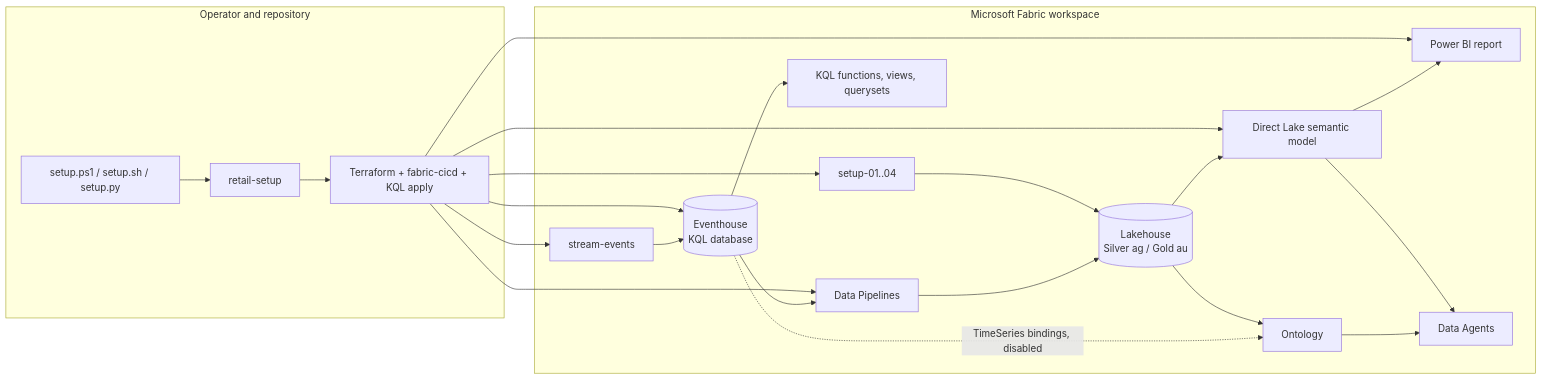
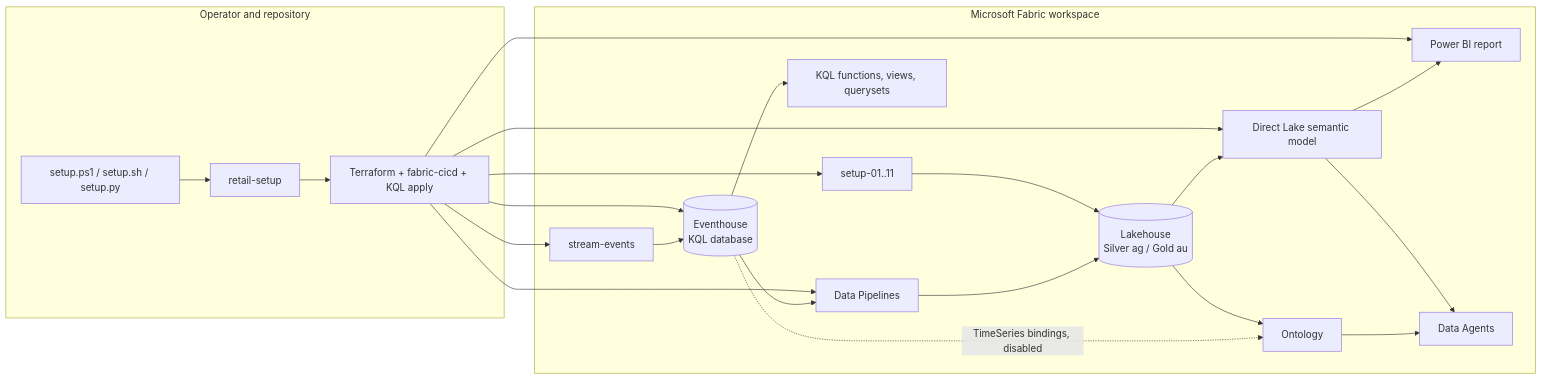
The diagram in docs/design/architecture/overview.md (amattas/retail-demo), drawn with Mermaid before and after one commit. The commit also changed other lines of this file and 3 other files, not shown here.

First line of the commit message:
docs(architecture): describe stream state, writer locks, incidents and #450

````diff
--- a/docs/design/architecture/overview.md
+++ b/docs/design/architecture/overview.md
@@ -11,37 +11,37 @@
 ```mermaid
 flowchart LR
     subgraph Local[Operator and repository]
         Setup[setup.ps1 / setup.sh / setup.py]
         CLI[retail-setup]
         Deploy[Terraform + fabric-cicd + KQL apply]
     end
 
     subgraph Fabric[Microsoft Fabric workspace]
-        SetupNB[setup-01..04]
+        SetupNB[setup-01..11]
         Stream[stream-events]
         Lake[(Lakehouse<br/>Silver ag / Gold au)]
         Event[(Eventhouse<br/>KQL database)]
         KQL[KQL functions, views, querysets]
         Pipes[Data Pipelines]
         Model[Direct Lake semantic model]
         Report[Power BI report]
         Ontology[Ontology]
         Agents[Data Agents]
     end
 
     Setup --> CLI --> Deploy
     Deploy --> SetupNB
     Deploy --> Stream
     Deploy --> Event
     Deploy --> Pipes
     Deploy --> Model
     Deploy --> Report
     SetupNB --> Lake
     Stream --> Event --> KQL
     Event --> Pipes --> Lake
     Lake --> Model --> Report
     Lake --> Ontology
     Event -.->|TimeSeries bindings, disabled| Ontology
     Model --> Agents
     Ontology --> Agents
 ```
````
